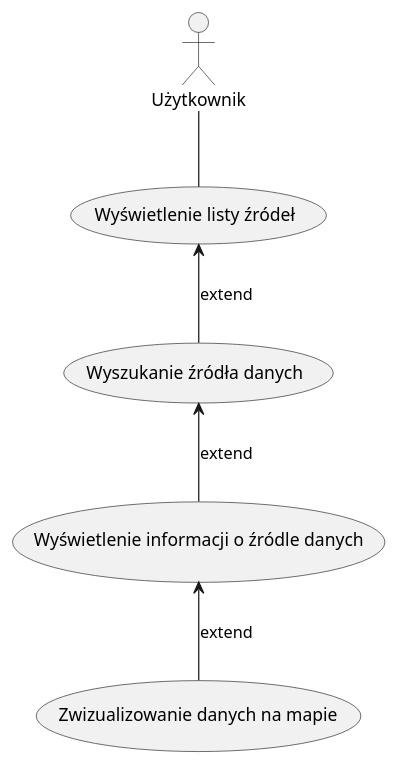
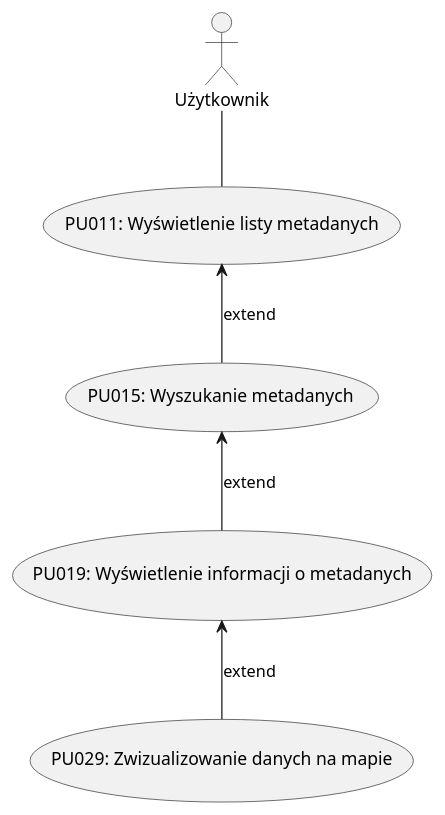
Before and after one commit to falkowp/IWO25L: the diagram in dokumentacja/specyfikacja.wymagan/4.wymagania.uzytkownika/4.1.wymagania.funkcjonalne/PU0004.puml, drawn with PlantUML. The commit also changed 13 other files, not shown here.

```diff
--- a/dokumentacja/specyfikacja.wymagan/4.wymagania.uzytkownika/4.1.wymagania.funkcjonalne/PU0004.puml
+++ b/dokumentacja/specyfikacja.wymagan/4.wymagania.uzytkownika/4.1.wymagania.funkcjonalne/PU0004.puml
@@ -1,15 +1,15 @@
 @startuml Operacje na danych
 
 actor "Użytkownik" as User
 
-usecase "Wyświetlenie listy źródeł" as UC1
-usecase "Wyszukanie źródła danych" as UC2
-usecase "Wyświetlenie informacji o źródle danych" as UC3
-usecase "Zwizualizowanie danych na mapie" as UC4
+usecase "PU011: Wyświetlenie listy metadanych" as UC1
+usecase "PU015: Wyszukanie metadanych" as UC2
+usecase "PU019: Wyświetlenie informacji o metadanych" as UC3
+usecase "PU029: Zwizualizowanie danych na mapie" as UC4
 
 User -- UC1
 UC1 <-- UC2 : extend 
 UC2 <-- UC3 : extend 
 UC3 <-- UC4 : extend
 
 @enduml
```
